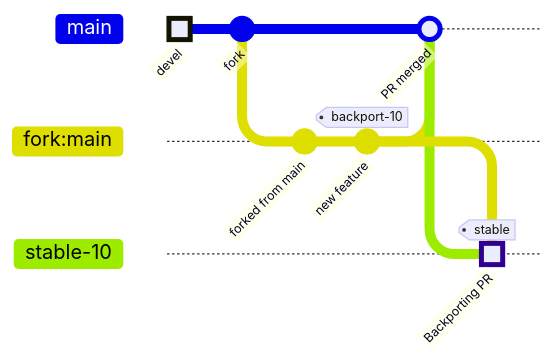
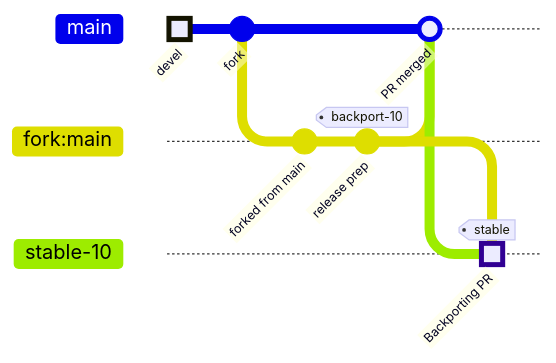
Before and after one commit to 3A2DEV/ansi-tui: the diagram in README.md, drawn with Mermaid. The commit also changed other lines of this file and 3 other files, not shown here.

````diff
--- a/README.md
+++ b/README.md
@@ -378,20 +378,20 @@
 ```mermaid
 gitGraph
 
     commit id: "devel" type: HIGHLIGHT
 
     checkout main
     commit id: "fork"
 
     branch "fork:main"
     checkout "fork:main"
     commit id: "forked from main"
-    commit id: "new feature" tag: "backport-10"
+    commit id: "release prep" tag: "backport-10"
 
     checkout main
     merge "fork:main" id: "PR merged"
 
     branch stable-10
     checkout stable-10
     merge "fork:main" id: "Backporting PR" type: HIGHLIGHT tag: "stable"
 ```
````
